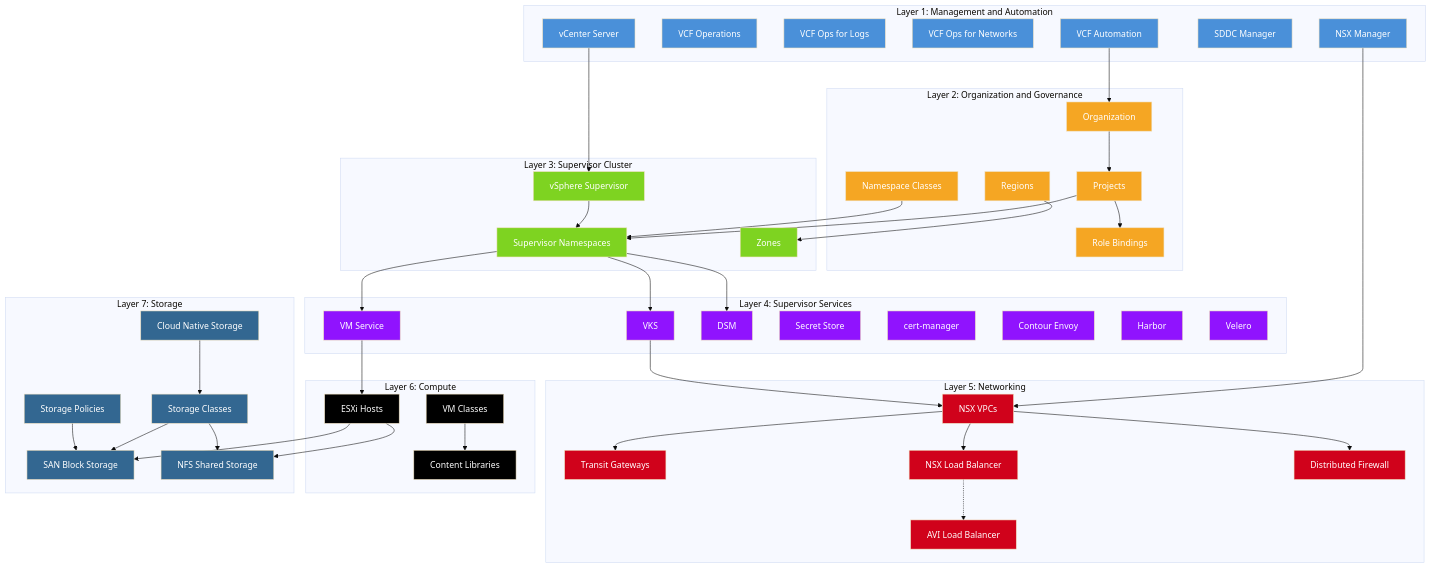
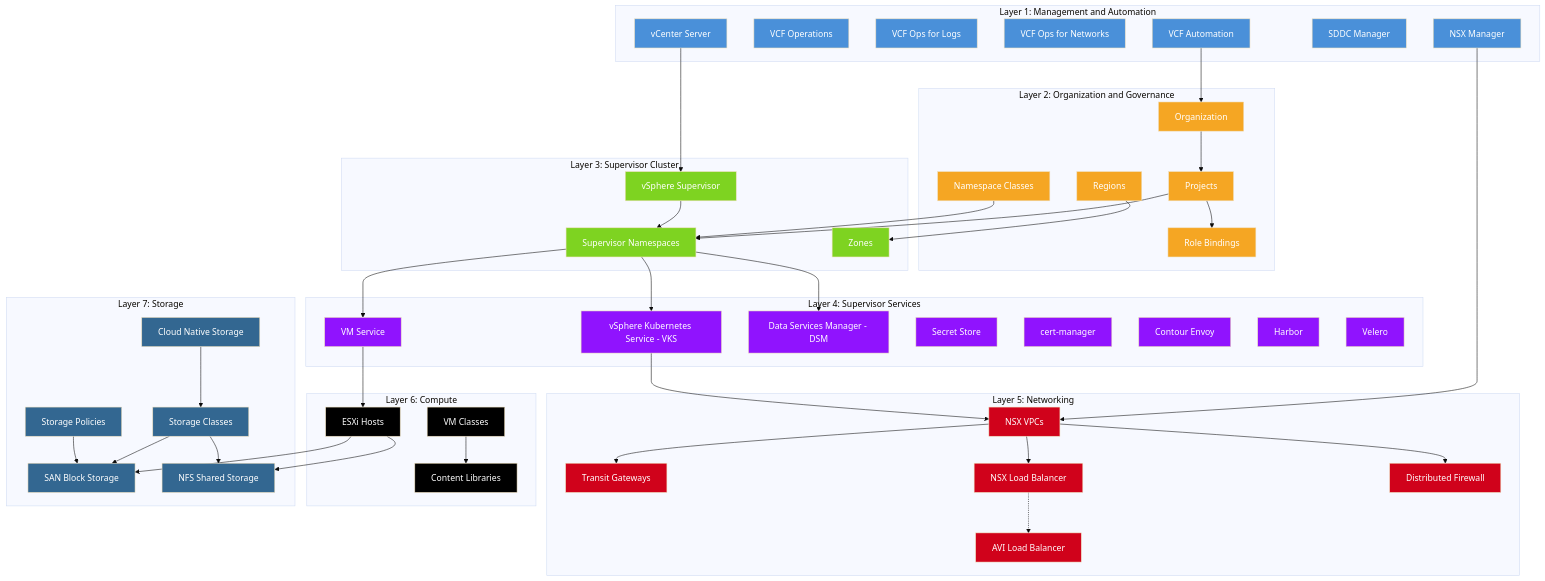
The diagram in docs/architecture/vcf9-platform-diagram.md (scafeman/vcf9-iac-onboarding), drawn with Mermaid (base theme) before and after one commit.

Commit message:
docs: spell out VKS and DSM full names in platform diagram

```diff
--- a/docs/architecture/vcf9-platform-diagram.md
+++ b/docs/architecture/vcf9-platform-diagram.md
@@ -36,8 +36,8 @@
 
     subgraph "Layer 4: Supervisor Services"
         VMSVC["VM Service"]
-        VKS["VKS"]
-        DSM["DSM"]
+        VKS["vSphere Kubernetes Service - VKS"]
+        DSM["Data Services Manager - DSM"]
         SSS["Secret Store"]
         CERT["cert-manager"]
         CONTOUR["Contour Envoy"]
```
